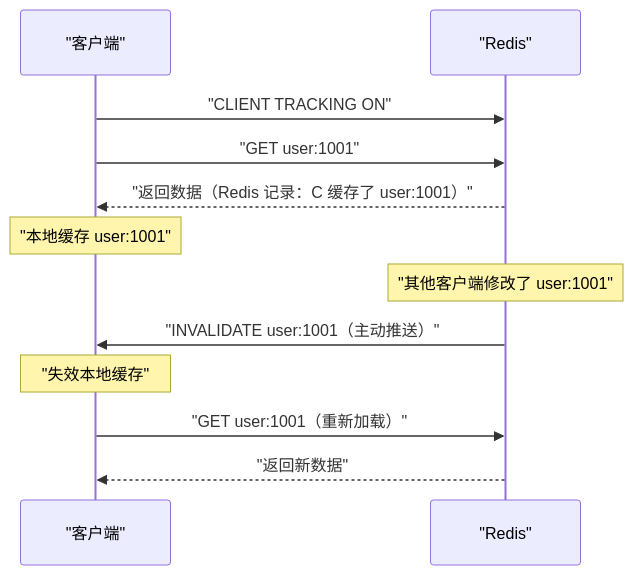
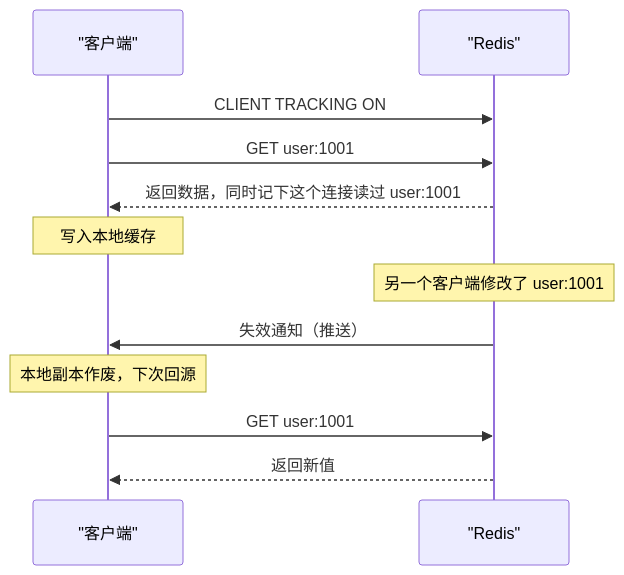
The fourth of 4 diagrams in content/中间件/Redis/Redis进阶教程/08 Redis Pipeline 与客户端性能优化.md (hpliStartAgain/my-brain), drawn with Mermaid before and after one commit. The commit also changed other lines of this file and 455 other files, not shown here.

````diff
--- a/content/中间件/Redis/Redis进阶教程/08 Redis Pipeline 与客户端性能优化.md
+++ b/content/中间件/Redis/Redis进阶教程/08 Redis Pipeline 与客户端性能优化.md
@@ -357,18 +420,16 @@
 ```mermaid
 %%{init: {'theme': 'dracula'}}%%
 sequenceDiagram
     participant C as "客户端"
     participant R as "Redis"
 
-    C->>R: "CLIENT TRACKING ON"
-    C->>R: "GET user:1001"
-    R-->>C: "返回数据（Redis 记录：C 缓存了 user:1001）"
-    Note over C: "本地缓存 user:1001"
-
-    Note over R: "其他客户端修改了 user:1001"
-    R->>C: "INVALIDATE user:1001（主动推送）"
-    Note over C: "失效本地缓存"
-
-    C->>R: "GET user:1001（重新加载）"
-    R-->>C: "返回新数据"
+    C->>R: CLIENT TRACKING ON
+    C->>R: GET user:1001
+    R-->>C: 返回数据，同时记下这个连接读过 user:1001
+    Note over C: 写入本地缓存
+    Note over R: 另一个客户端修改了 user:1001
+    R->>C: 失效通知（推送）
+    Note over C: 本地副本作废，下次回源
+    C->>R: GET user:1001
+    R-->>C: 返回新值
 ```
````
